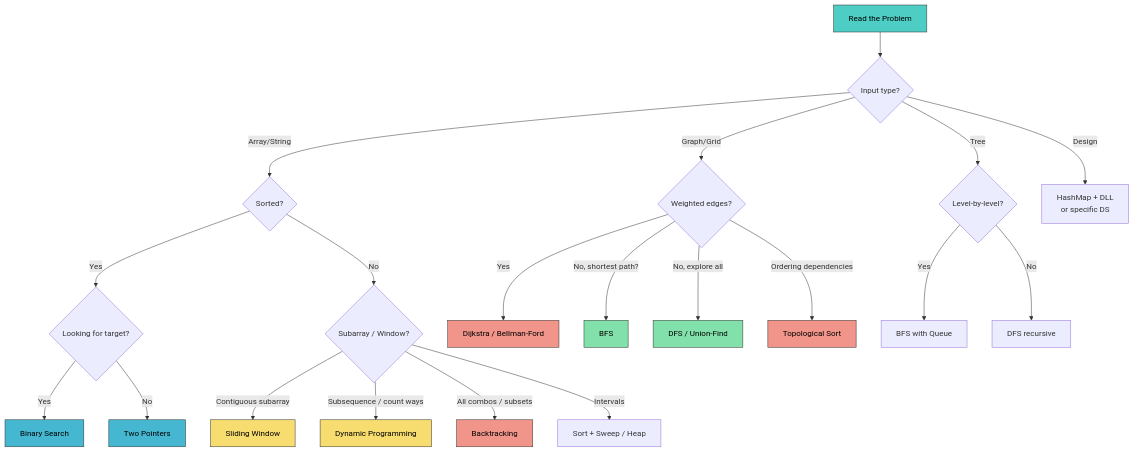
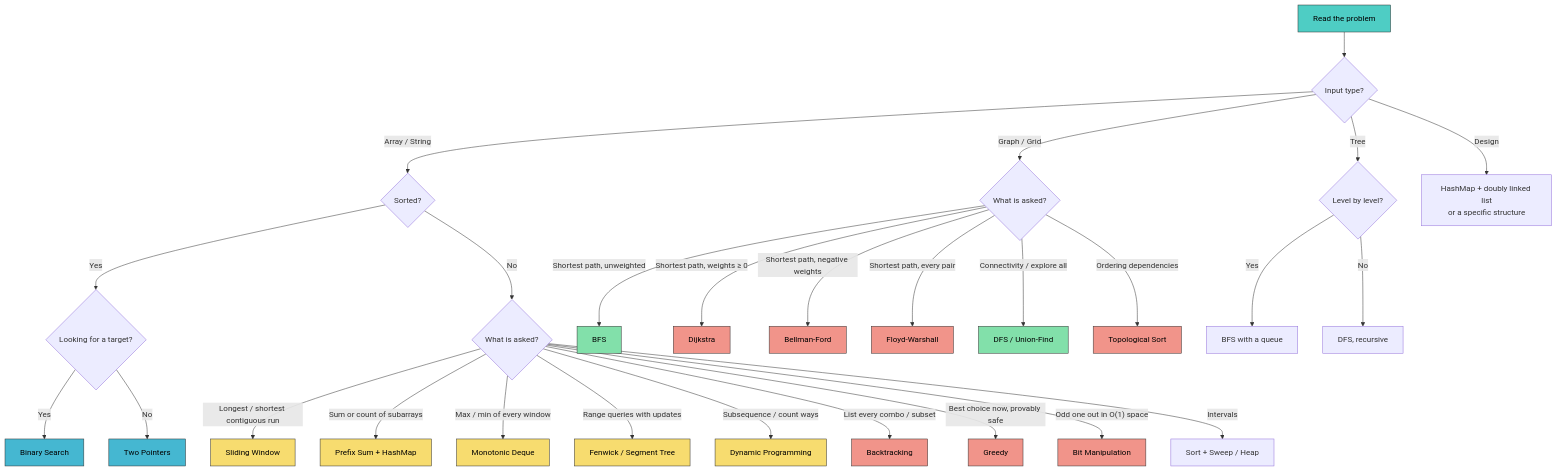
Before and after one commit to Hmago/ml4: the diagram in content/31d_dsa_advanced_ml_coding.md, drawn with Mermaid. The commit also changed other lines of this file and 123 other files, not shown here.

First line of the commit message:
DSA chapters: infographics for every problem + complete runnable code

````diff
--- a/content/31d_dsa_advanced_ml_coding.md
+++ b/content/31d_dsa_advanced_ml_coding.md
@@ -1559,39 +2371,53 @@
 ```mermaid
 flowchart TD
-    START[Read the Problem] --> Q1{Input type?}
+    START["Read the problem"] --> Q1{"Input type?"}
 
-    Q1 -->|Array/String| Q2{Sorted?}
-    Q1 -->|Graph/Grid| Q3{Weighted edges?}
-    Q1 -->|Tree| Q4{Level-by-level?}
-    Q1 -->|Design| DESIGN[HashMap + DLL\nor specific DS]
+    Q1 -->|"Array / String"| Q2{"Sorted?"}
+    Q1 -->|"Graph / Grid"| Q3{"What is asked?"}
+    Q1 -->|"Tree"| Q4{"Level by level?"}
+    Q1 -->|"Design"| DESIGN["HashMap + doubly linked list<br/>or a specific structure"]
 
-    Q2 -->|Yes| Q5{Looking for target?}
-    Q2 -->|No| Q6{Subarray / Window?}
+    Q2 -->|"Yes"| Q5{"Looking for a target?"}
+    Q2 -->|"No"| Q6{"What is asked?"}
 
-    Q5 -->|Yes| BS[Binary Search]
-    Q5 -->|No| TP[Two Pointers]
+    Q5 -->|"Yes"| BS["Binary Search"]
+    Q5 -->|"No"| TP["Two Pointers"]
 
-    Q6 -->|Contiguous subarray| SW[Sliding Window]
-    Q6 -->|Subsequence / count ways| DP[Dynamic Programming]
-    Q6 -->|All combos / subsets| BT[Backtracking]
-    Q6 -->|Intervals| INTERVAL[Sort + Sweep / Heap]
+    Q6 -->|"Longest / shortest contiguous run"| SW["Sliding Window"]
+    Q6 -->|"Sum or count of subarrays"| PS["Prefix Sum + HashMap"]
+    Q6 -->|"Max / min of every window"| DEQ["Monotonic Deque"]
+    Q6 -->|"Range queries with updates"| SEG["Fenwick / Segment Tree"]
+    Q6 -->|"Subsequence / count ways"| DP["Dynamic Programming"]
+    Q6 -->|"List every combo / subset"| BT["Backtracking"]
+    Q6 -->|"Best choice now, provably safe"| GR["Greedy"]
+    Q6 -->|"Odd one out in O(1) space"| BITS["Bit Manipulation"]
+    Q6 -->|"Intervals"| INTERVAL["Sort + Sweep / Heap"]
 
-    Q3 -->|Yes| DIJKSTRA[Dijkstra / Bellman-Ford]
-    Q3 -->|No, shortest path?| BFS[BFS]
-    Q3 -->|No, explore all| DFS[DFS / Union-Find]
-    Q3 -->|Ordering dependencies| TOPO[Topological Sort]
+    Q3 -->|"Shortest path, unweighted"| BFS["BFS"]
+    Q3 -->|"Shortest path, weights ≥ 0"| DIJKSTRA["Dijkstra"]
+    Q3 -->|"Shortest path, negative weights"| BF["Bellman-Ford"]
+    Q3 -->|"Shortest path, every pair"| FW["Floyd-Warshall"]
+    Q3 -->|"Connectivity / explore all"| DFS["DFS / Union-Find"]
+    Q3 -->|"Ordering dependencies"| TOPO["Topological Sort"]
 
-    Q4 -->|Yes| TREEBFS[BFS with Queue]
-    Q4 -->|No| TREEDFS[DFS recursive]
+    Q4 -->|"Yes"| TREEBFS["BFS with a queue"]
+    Q4 -->|"No"| TREEDFS["DFS, recursive"]
 
     style START fill:#4ecdc4,stroke:#333,color:#000
     style BS fill:#45b7d1,stroke:#333,color:#000
     style TP fill:#45b7d1,stroke:#333,color:#000
     style SW fill:#f7dc6f,stroke:#333,color:#000
+    style PS fill:#f7dc6f,stroke:#333,color:#000
+    style DEQ fill:#f7dc6f,stroke:#333,color:#000
+    style SEG fill:#f7dc6f,stroke:#333,color:#000
     style DP fill:#f7dc6f,stroke:#333,color:#000
     style BT fill:#f1948a,stroke:#333,color:#000
+    style GR fill:#f1948a,stroke:#333,color:#000
+    style BITS fill:#f1948a,stroke:#333,color:#000
     style BFS fill:#82e0aa,stroke:#333,color:#000
     style DFS fill:#82e0aa,stroke:#333,color:#000
     style DIJKSTRA fill:#f1948a,stroke:#333,color:#000
+    style BF fill:#f1948a,stroke:#333,color:#000
+    style FW fill:#f1948a,stroke:#333,color:#000
     style TOPO fill:#f1948a,stroke:#333,color:#000
 ```
````
